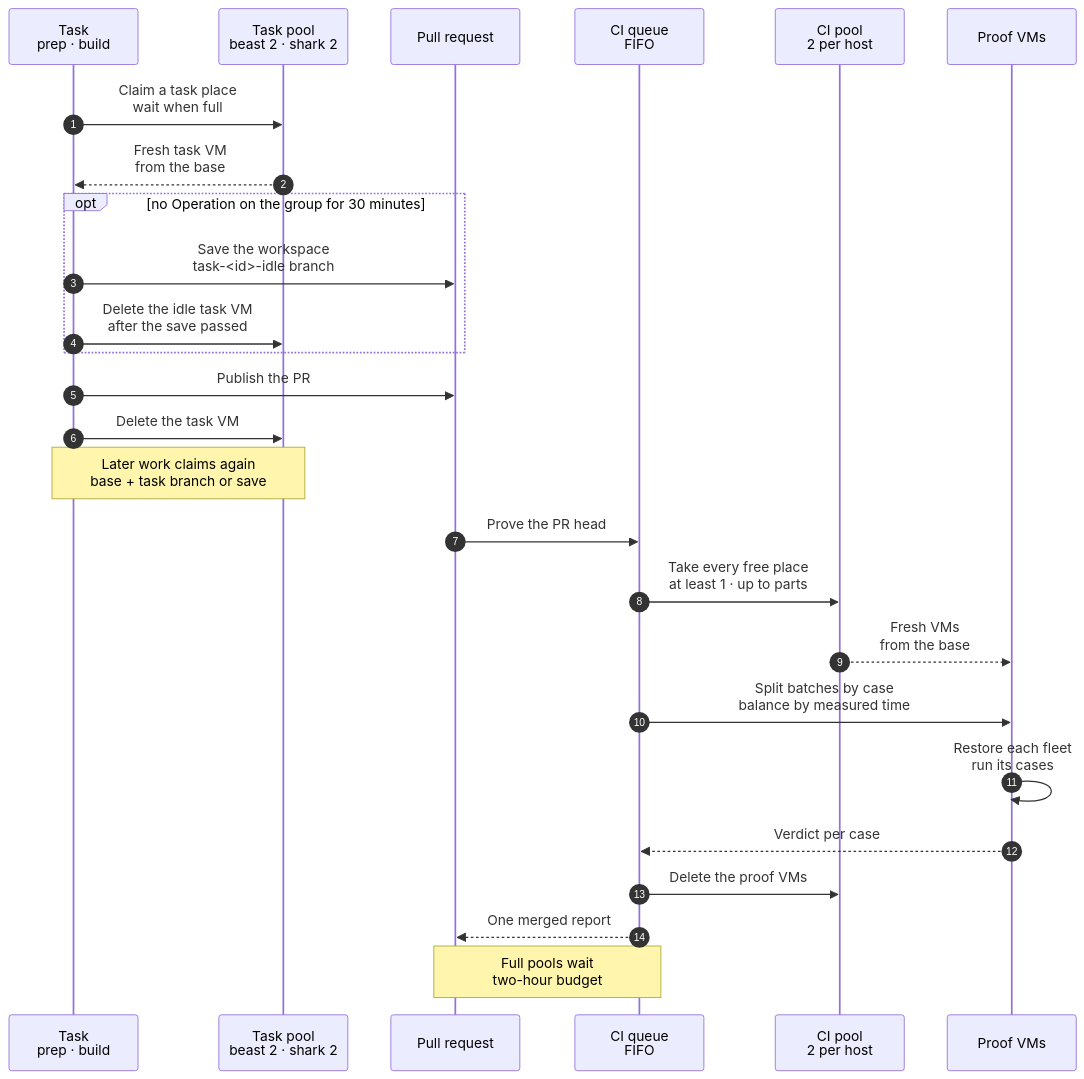
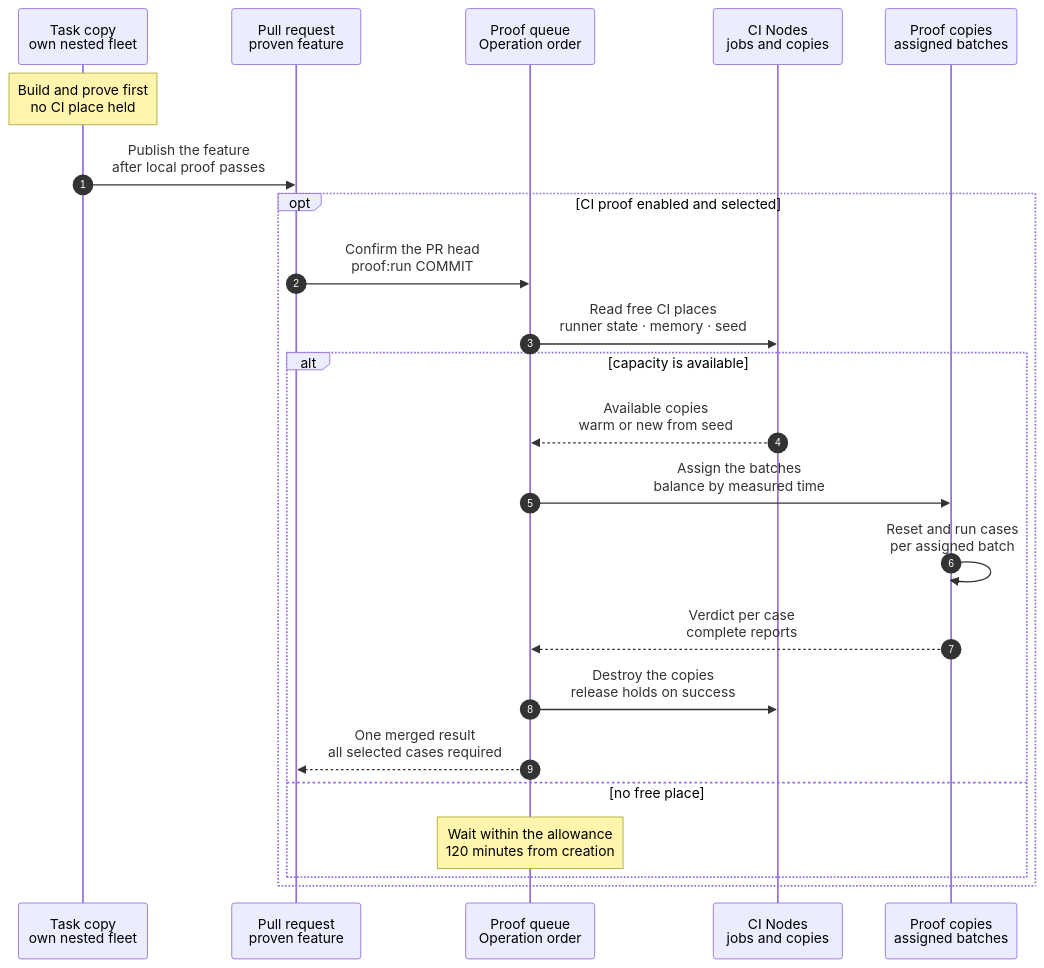
The diagram in docs/reference/pipeline/capacity-model.mmd (hardimpactdev/orbit), drawn with Mermaid before and after one commit. The commit also changed 12 other files, not shown here.

First line of the commit message:
docs: align pipeline with proof before PRs

```diff
--- a/docs/reference/pipeline/capacity-model.mmd
+++ b/docs/reference/pipeline/capacity-model.mmd
@@ -1,28 +1,42 @@
 sequenceDiagram
+  %% Current capacity flow: task copies take no CI place. proof:run shares CI places with runner jobs and uses copies of the proof default, including available warm copies. The capacity and cleanup contract belongs to docs/cli/proof/run.mdx.
   %% status: draft
+  %% command: development pipeline · copy capacity
   %% kind: pipeline.capacity
   autonumber
-  participant T as Task<br/>prep · build
-  participant TP as Task pool<br/>beast 2 · shark 2
-  participant PR as Pull request
-  participant Q as CI queue<br/>FIFO
-  participant CP as CI pool<br/>2 per host
-  participant VM as Proof VMs
-  T->>TP: Claim a task place<br/>wait when full
-  TP-->>T: Fresh task VM<br/>from the base
-  opt no Operation on the group for 30 minutes
-    T->>PR: Save the workspace<br/>task-<id>-idle branch
-    T->>TP: Delete the idle task VM<br/>after the save passed
+  %% lane T icon=server pill=task tone=gray
+  %% lane PR icon=server pill=PR tone=purple
+  %% lane Q icon=gateway pill=intent tone=blue
+  %% lane CP icon=server pill=capacity tone=amber
+  %% lane PC icon=workflow pill=executes tone=green
+  participant T as Task copy<br/>own nested fleet
+  participant PR as Pull request<br/>proven feature
+  participant Q as Proof queue<br/>Operation order
+  participant CP as CI Nodes<br/>jobs and copies
+  participant PC as Proof copies<br/>assigned batches
+  Note over T: Build and prove first<br/>no CI place held
+  T->>PR: Publish the feature<br/>after local proof passes
+  opt CI proof enabled and selected
+    PR->>Q: Confirm the PR head<br/>proof:run COMMIT
+    %%> When:
+    %%> - ORBIT_PROOF_ENABLED is deliberately off until commands have been checked systematically
+    Q->>CP: Read free CI places<br/>runner state · memory · seed
+    %%> What it does:
+    %%> - takes no busy runner's place; available warm copies already hold their place and memory
+    alt capacity is available
+      CP-->>Q: Available copies<br/>warm or new from seed
+      Q->>PC: Assign the batches<br/>balance by measured time
+      %%> What it does:
+      %%> - prepares the tested commit; each copy has its own nested fleet
+      PC->>PC: Reset and run cases<br/>per assigned batch
+      PC-->>Q: Verdict per case<br/>complete reports
+      Q->>CP: Destroy the copies<br/>release holds on success
+      %%> Result:
+      %%> - every run end requests cleanup, including failures and cancellation; failed destruction keeps its hold until recovery succeeds
+      Q-->>PR: One merged result<br/>all selected cases required
+    else no free place
+      Note over Q: Wait within the allowance<br/>120 minutes from creation
+      %%> Result:
+      %%> - capacity timeout fails; waiting or running no selected case never counts as proof
+    end
   end
-  T->>PR: Publish the PR
-  T->>TP: Delete the task VM
-  Note over T,TP: Later work claims again<br/>base + task branch or save
-  PR->>Q: Prove the PR head
-  Q->>CP: Take every free place<br/>at least 1 · up to parts
-  CP-->>VM: Fresh VMs<br/>from the base
-  Q->>VM: Split batches by case<br/>balance by measured time
-  VM->>VM: Restore each fleet<br/>run its cases
-  VM-->>Q: Verdict per case
-  Q->>CP: Delete the proof VMs
-  Q-->>PR: One merged report
-  Note over Q,PR: Full pools wait<br/>two-hour budget
```
